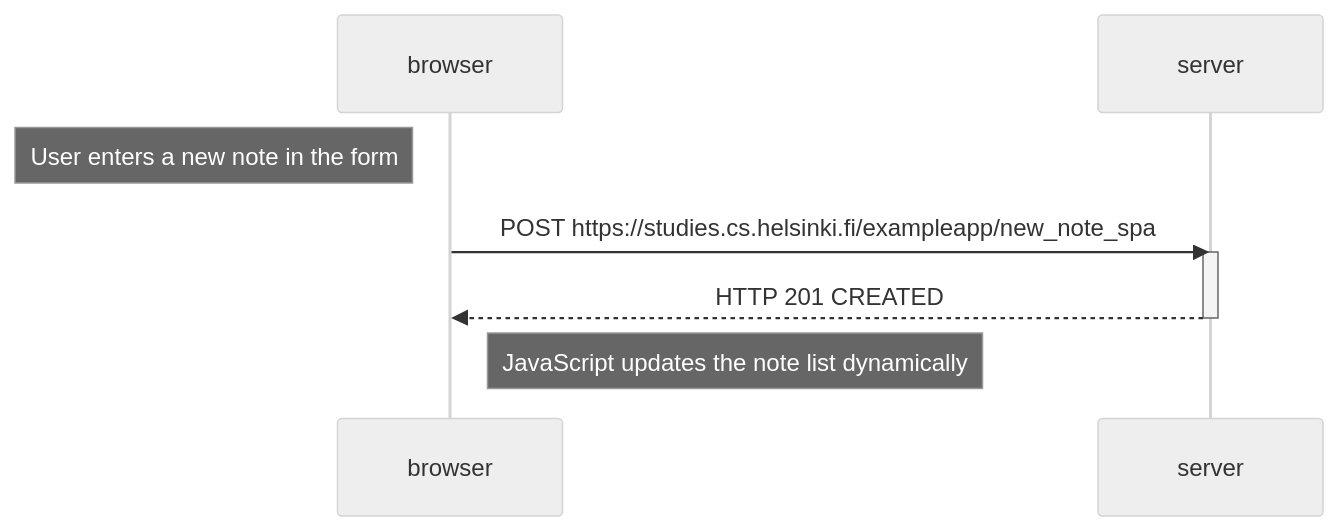
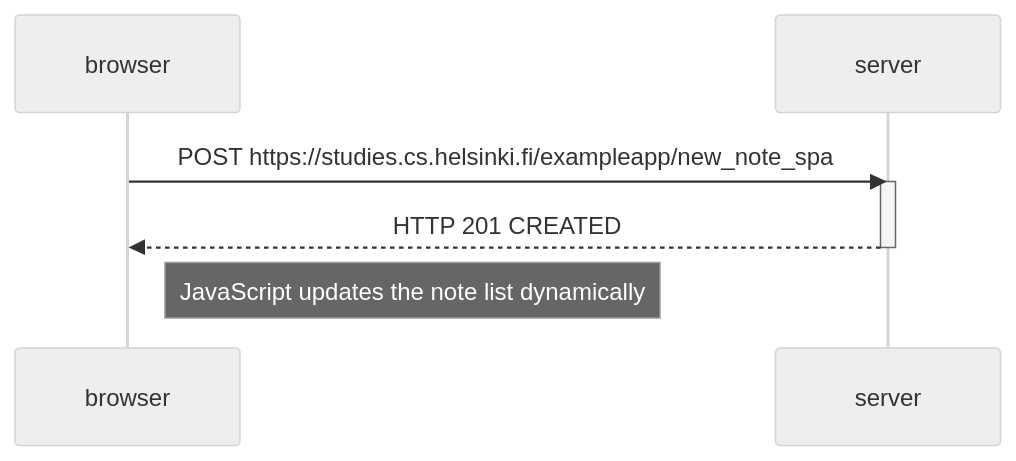
The diagram in part0/0.6_SPA_new_note.mermaid (ancidroide/fullstackopen-exercises), drawn with Mermaid (neutral theme) before and after one commit.

Commit message:
correction 0.6

````diff
--- a/part0/0.6_SPA_new_note.mermaid
+++ b/part0/0.6_SPA_new_note.mermaid
@@ -1,13 +1,12 @@
 ```mermaid 
 sequenceDiagram
     participant browser
     participant server
-
-Note left of browser: User enters a new note in the form
+    
 browser->>server: POST https://studies.cs.helsinki.fi/exampleapp/new_note_spa
 activate server
 server-->>browser: HTTP 201 CREATED
 deactivate server
 
 Note right of browser: JavaScript updates the note list dynamically
 ```
````
